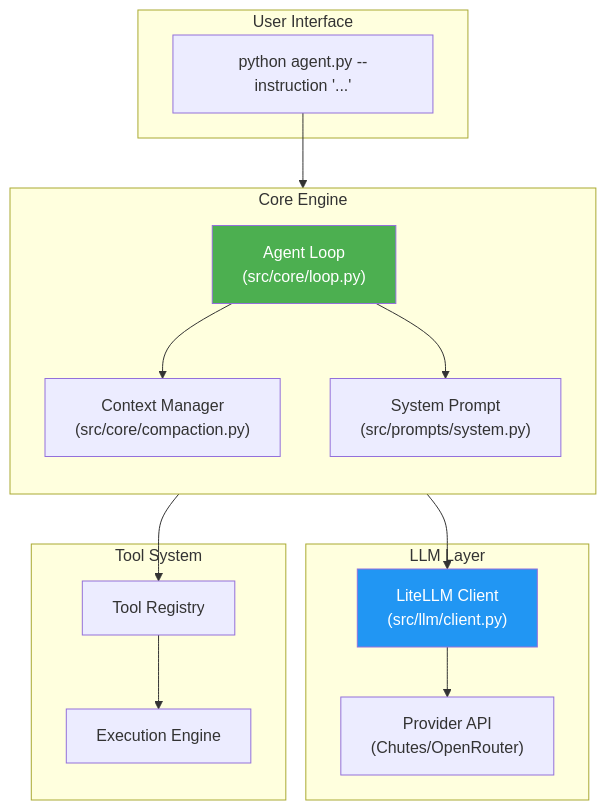
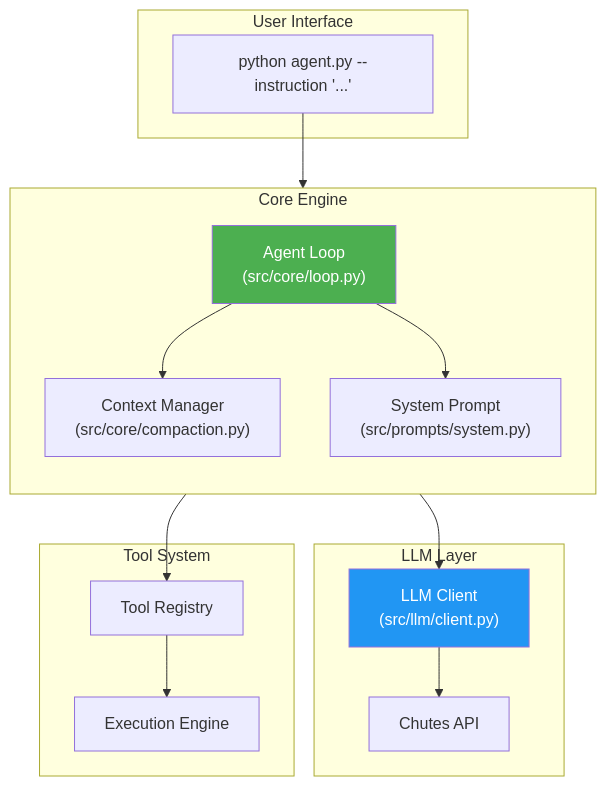
One commit to PlatformNetwork/baseagent changed the second of 3 diagrams in docs/overview.md. Above: the diagram before and after it, drawn with Mermaid. The commit also changed other lines of this file and 10 other files, not shown here.

````diff
--- a/docs/overview.md
+++ b/docs/overview.md
@@ -69,34 +69,34 @@
 ```mermaid
 graph TB
     subgraph Interface["User Interface"]
         CLI["python agent.py --instruction '...'"]
     end
     
     subgraph Engine["Core Engine"]
         direction TB
         Loop["Agent Loop<br/>(src/core/loop.py)"]
         Context["Context Manager<br/>(src/core/compaction.py)"]
         Prompt["System Prompt<br/>(src/prompts/system.py)"]
     end
     
     subgraph LLM["LLM Layer"]
-        Client["LiteLLM Client<br/>(src/llm/client.py)"]
-        API["Provider API<br/>(Chutes/OpenRouter)"]
+        Client["LLM Client<br/>(src/llm/client.py)"]
+        API["Chutes API"]
     end
     
     subgraph Tools["Tool System"]
         Registry["Tool Registry"]
         Exec["Execution Engine"]
     end
     
     CLI --> Loop
     Loop --> Context
     Loop --> Prompt
     Loop --> Client
     Client --> API
     Loop --> Registry
     Registry --> Exec
     
     style Loop fill:#4CAF50,color:#fff
     style Client fill:#2196F3,color:#fff
 ```
````
